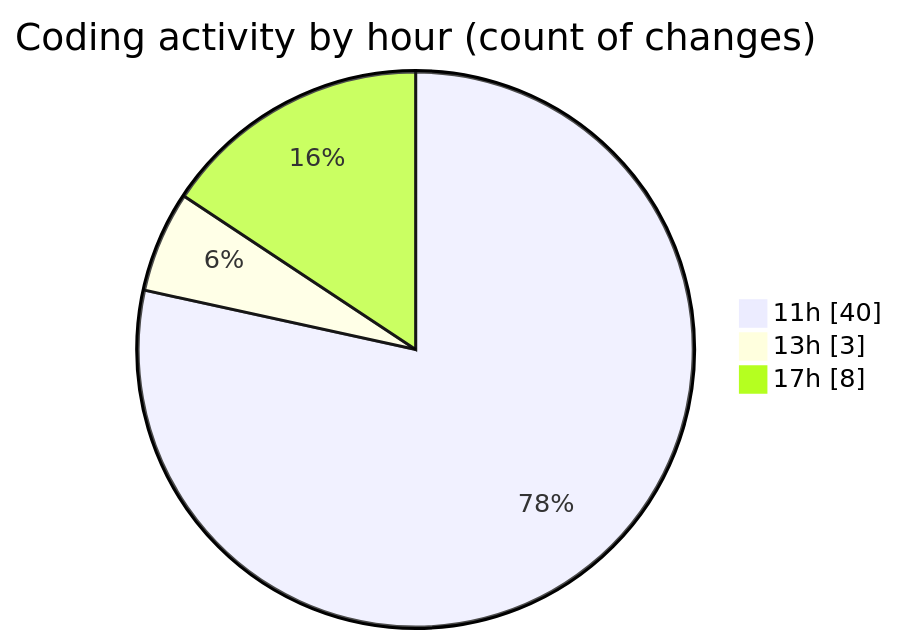
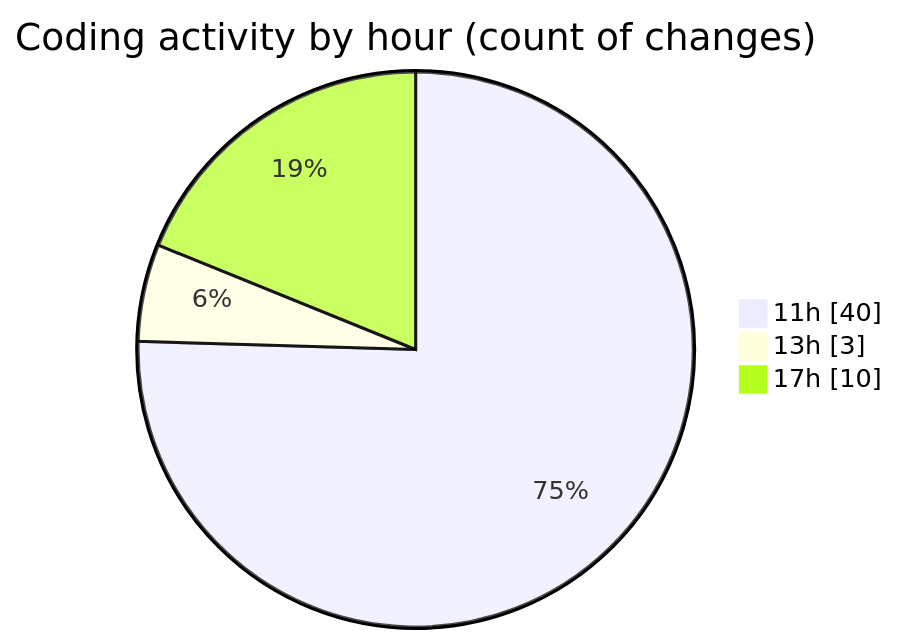
The second of 2 diagrams in 2025-04-30/uhigh-lang/README.md (charlie-sans/code-tracking), drawn with Mermaid before and after one commit. The commit also changed other lines of this file and 1 other file, not shown here.

````diff
--- a/2025-04-30/uhigh-lang/README.md
+++ b/2025-04-30/uhigh-lang/README.md
@@ -37,7 +37,7 @@
 ```mermaid
 pie showData
 title Coding activity by hour (count of changes)
 "11h" : 40
 "13h" : 3
-"17h" : 8
+"17h" : 10
 ```
````
